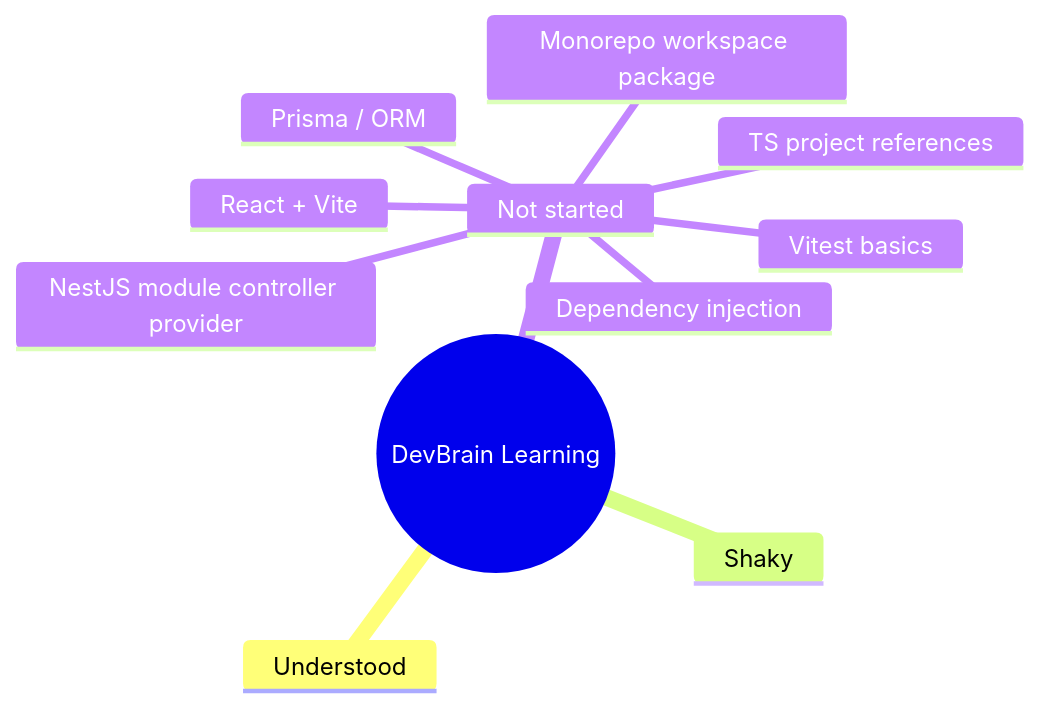
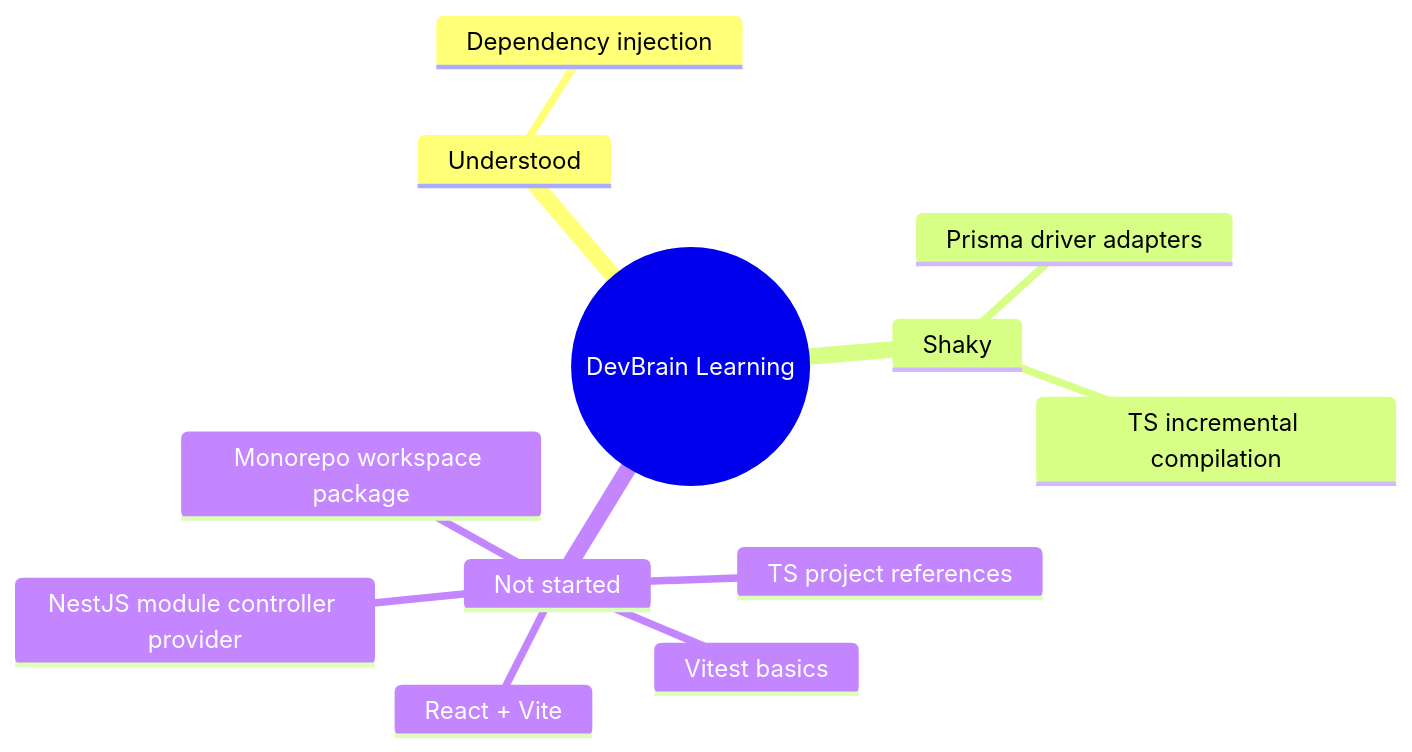
The diagram in docs/LEARNING_LOG.md (Phonghigh/DevBrain), drawn with Mermaid before and after one commit. The commit also changed other lines of this file and 16 other files, not shown here.

````diff
--- a/docs/LEARNING_LOG.md
+++ b/docs/LEARNING_LOG.md
@@ -27,14 +29,15 @@
 ```mermaid
 mindmap
   root((DevBrain Learning))
     Understood
+      Dependency injection
     Shaky
+      Prisma driver adapters
+      TS incremental compilation
     Not started
       Monorepo workspace package
       TS project references
       Vitest basics
       NestJS module controller provider
-      Dependency injection
-      Prisma / ORM
       React + Vite
 ```
````
